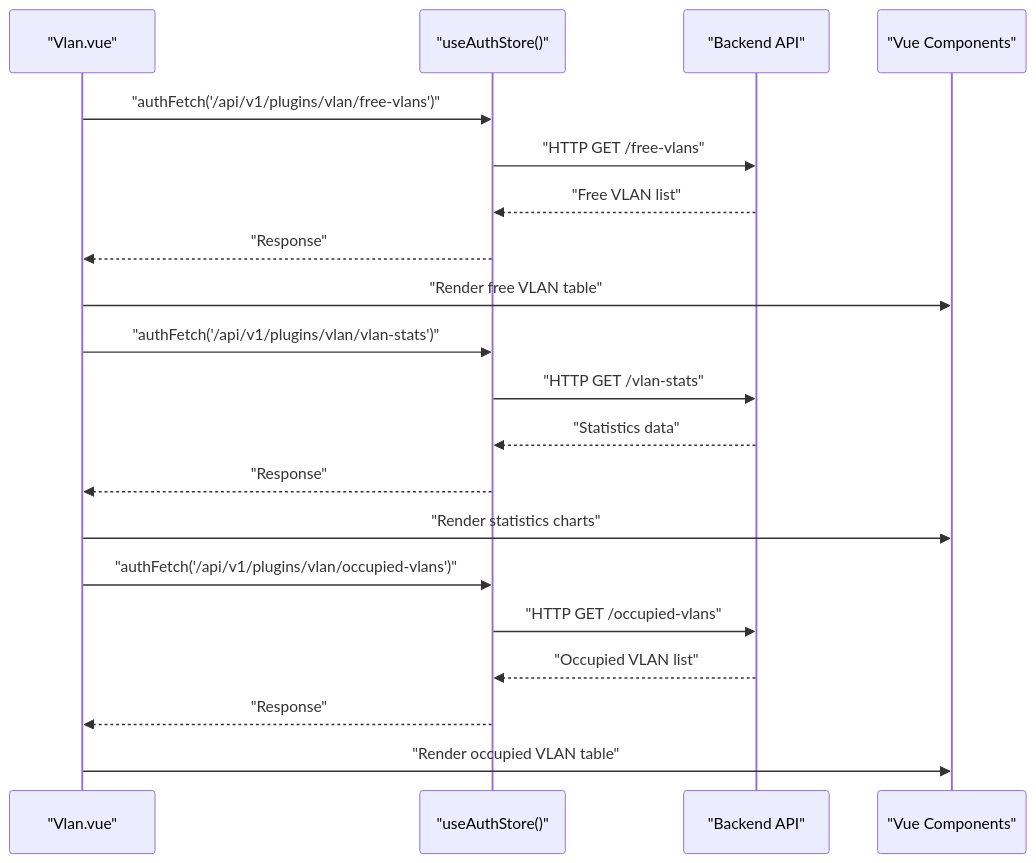
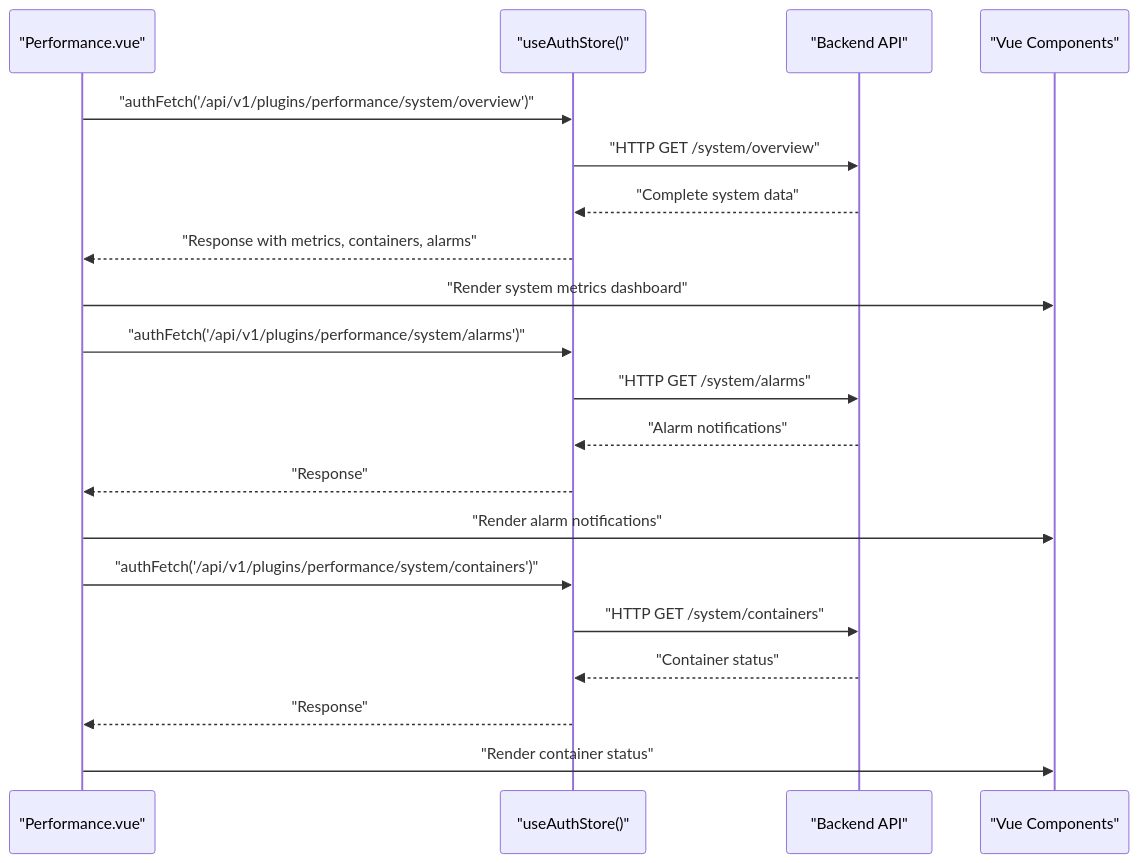
Before and after one commit to Nikita5543/New-SSO-02: the ninth of 11 diagrams in .qoder/repowiki/en/content/Plugin System Architecture/Frontend Plugin Integration.md, drawn with Mermaid. The commit also changed other lines of this file and 3 other files, not shown here.

````diff
--- a/.qoder/repowiki/en/content/Plugin System Architecture/Frontend Plugin Integration.md
+++ b/.qoder/repowiki/en/content/Plugin System Architecture/Frontend Plugin Integration.md
@@ -380,22 +378,22 @@
 ```mermaid
 sequenceDiagram
-participant View as "Vlan.vue"
+participant View as "Performance.vue"
 participant Auth as "useAuthStore()"
 participant API as "Backend API"
 participant UI as "Vue Components"
-View->>Auth : "authFetch('/api/v1/plugins/vlan/free-vlans')"
-Auth->>API : "HTTP GET /free-vlans"
-API-->>Auth : "Free VLAN list"
+View->>Auth : "authFetch('/api/v1/plugins/performance/system/overview')"
+Auth->>API : "HTTP GET /system/overview"
+API-->>Auth : "Complete system data"
+Auth-->>View : "Response with metrics, containers, alarms"
+View->>UI : "Render system metrics dashboard"
+View->>Auth : "authFetch('/api/v1/plugins/performance/system/alarms')"
+Auth->>API : "HTTP GET /system/alarms"
+API-->>Auth : "Alarm notifications"
 Auth-->>View : "Response"
-View->>UI : "Render free VLAN table"
-View->>Auth : "authFetch('/api/v1/plugins/vlan/vlan-stats')"
-Auth->>API : "HTTP GET /vlan-stats"
-API-->>Auth : "Statistics data"
+View->>UI : "Render alarm notifications"
+View->>Auth : "authFetch('/api/v1/plugins/performance/system/containers')"
+Auth->>API : "HTTP GET /system/containers"
+API-->>Auth : "Container status"
 Auth-->>View : "Response"
-View->>UI : "Render statistics charts"
-View->>Auth : "authFetch('/api/v1/plugins/vlan/occupied-vlans')"
-Auth->>API : "HTTP GET /occupied-vlans"
-API-->>Auth : "Occupied VLAN list"
-Auth-->>View : "Response"
-View->>UI : "Render occupied VLAN table"
+View->>UI : "Render container status"
 ```
````
